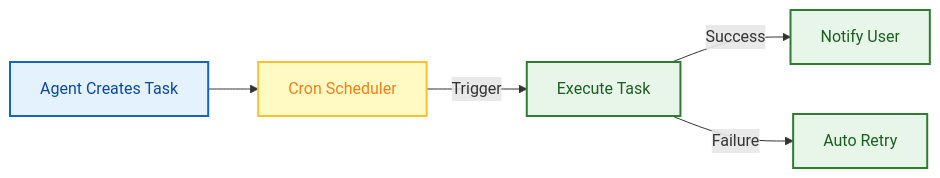
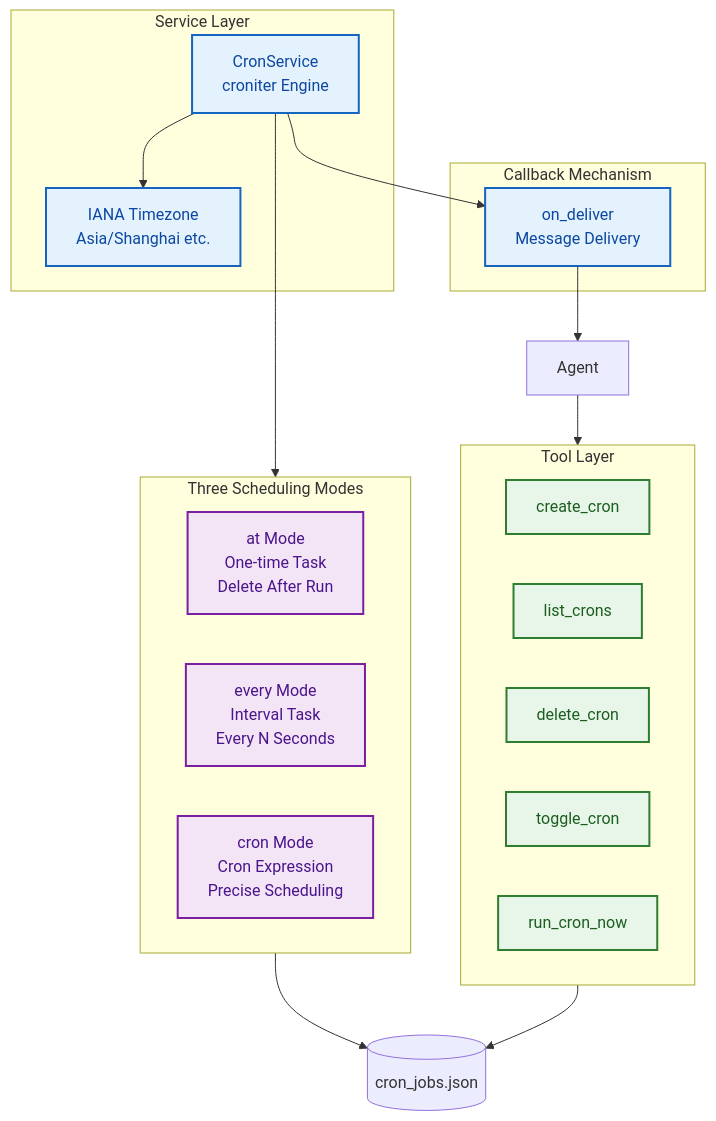
The ninth of 16 diagrams in README.md (zhangjingyuan177-hue/FinchBot), drawn with Mermaid before and after one commit. The commit also changed other lines of this file and 8 other files, not shown here.

First line of the commit message:
docs: 全面更新文档，反映 CronService 和 SubagentManager 改进

````diff
--- a/README.md
+++ b/README.md
@@ -428,11 +453,40 @@
 ```mermaid
-flowchart LR
-    classDef agent fill:#e3f2fd,stroke:#1565c0,stroke-width:2px,color:#0d47a1;
-    classDef system fill:#fff9c4,stroke:#fbc02d,stroke-width:2px,color:#f57f17;
-    classDef action fill:#e8f5e9,stroke:#2e7d32,stroke-width:2px,color:#1b5e20;
+flowchart TB
+    classDef cli fill:#ffebee,stroke:#c62828,stroke-width:2px,color:#b71c1c;
+    classDef service fill:#e3f2fd,stroke:#1565c0,stroke-width:2px,color:#0d47a1;
+    classDef tool fill:#e8f5e9,stroke:#2e7d32,stroke-width:2px,color:#1b5e20;
+    classDef mode fill:#f3e5f5,stroke:#7b1fa2,stroke-width:2px,color:#4a148c;
 
-    Agent[Agent Creates Task]:::agent --> Scheduler[Cron Scheduler]:::system
-    Scheduler --> |Trigger| Execute[Execute Task]:::action
-    Execute --> |Success| Notify[Notify User]:::action
-    Execute --> |Failure| Retry[Auto Retry]:::action
+    subgraph Service [Service Layer]
+        CronService[CronService<br/>croniter Engine]:::service
+        TZ[IANA Timezone<br/>Asia/Shanghai etc.]:::service
+    end
+
+    subgraph Modes [Three Scheduling Modes]
+        AtMode["at Mode<br/>One-time Task<br/>Delete After Run"]:::mode
+        EveryMode["every Mode<br/>Interval Task<br/>Every N Seconds"]:::mode
+        CronMode["cron Mode<br/>Cron Expression<br/>Precise Scheduling"]:::mode
+    end
+
+    subgraph Tools [Tool Layer]
+        Create[create_cron]:::tool
+        List[list_crons]:::tool
+        Delete[delete_cron]:::tool
+        Toggle[toggle_cron]:::tool
+        RunNow[run_cron_now]:::tool
+    end
+
+    subgraph Callbacks [Callback Mechanism]
+        OnDeliver[on_deliver<br/>Message Delivery]:::service
+    end
+
+    CronService --> TZ
+    CronService --> Modes
+    Modes --> Storage[(cron_jobs.json)]
+    
+    Agent[Agent] --> Tools
+    Tools --> Storage
+    
+    CronService --> OnDeliver
+    OnDeliver --> Agent
 ```
````
